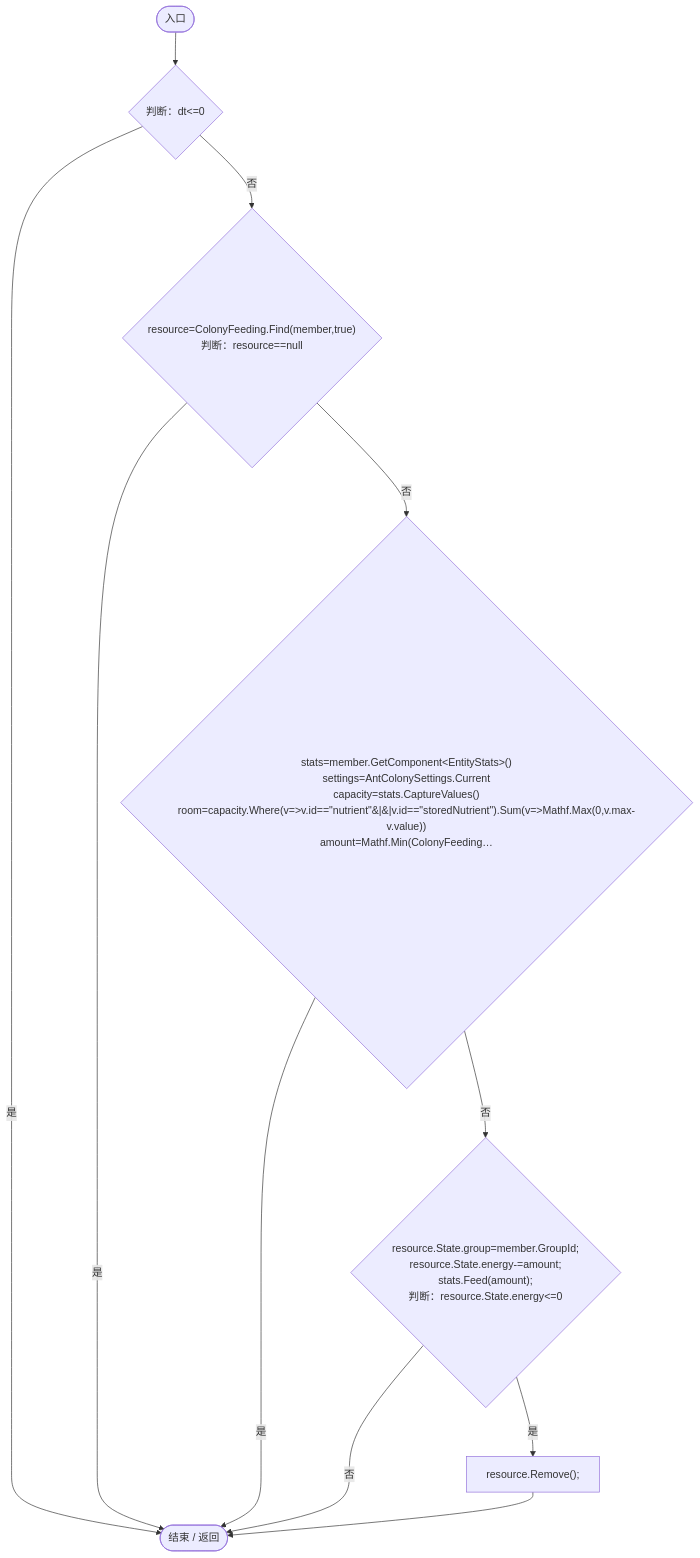
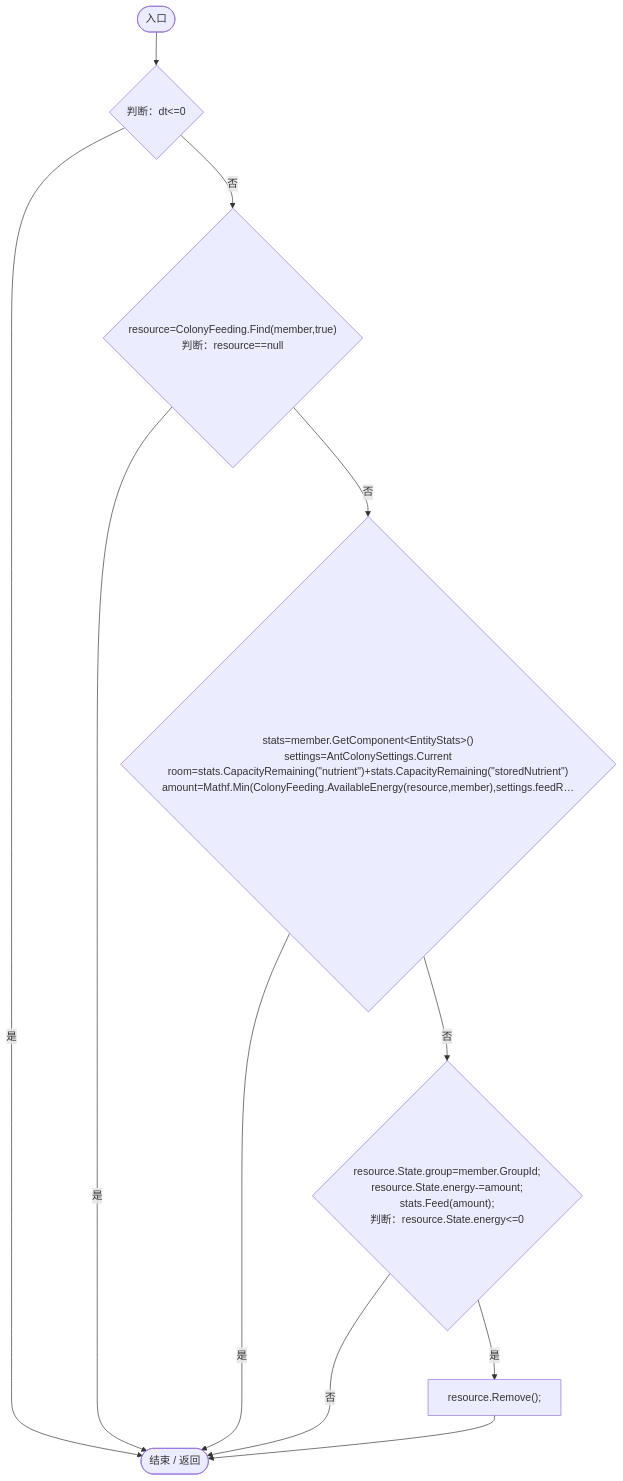
One commit to xhs6666/Darwin_paradise changed diagram 18 of 21 in Docs/运行流程图/脚本/293dbaecfff4b585.md. Above: the diagram before and after it, drawn with Mermaid. The commit also changed other lines of this file and 114 other files, not shown here.

````diff
--- a/Docs/运行流程图/脚本/293dbaecfff4b585.md
+++ b/Docs/运行流程图/脚本/293dbaecfff4b585.md
@@ -610,21 +613,21 @@
 ```mermaid
 flowchart TD
   b0(["入口"])
   b1{"判断：dt&lt;=0"}
   b2{"resource=ColonyFeeding.Find(member,true)<br/>判断：resource==null"}
-  b3{"stats=member.GetComponent&lt;EntityStats&gt;()<br/>settings=AntColonySettings.Current<br/>capacity=stats.CaptureValues()<br/>room=capacity.Where(v=&gt;v.id==&quot;nutrient&quot;&#124;&#124;v.id==&quot;storedNutrient&quot;).Sum(v=&gt;Mathf.Max(0,v.max-v.value))<br/>amount=Mathf.Min(ColonyFeeding…"}
+  b3{"stats=member.GetComponent&lt;EntityStats&gt;()<br/>settings=AntColonySettings.Current<br/>room=stats.CapacityRemaining(&quot;nutrient&quot;)+stats.CapacityRemaining(&quot;storedNutrient&quot;)<br/>amount=Mathf.Min(ColonyFeeding.AvailableEnergy(resource,member),settings.feedR…"}
   b4{"resource.State.group=member.GroupId;<br/>resource.State.energy-=amount;<br/>stats.Feed(amount);<br/>判断：resource.State.energy&lt;=0"}
   b5["resource.Remove();"]
   b6(["结束 / 返回"])
   b0 --> b1
   b1 -->|"是"| b6
   b1 -->|"否"| b2
   b2 -->|"是"| b6
   b2 -->|"否"| b3
   b3 -->|"是"| b6
   b3 -->|"否"| b4
   b4 -->|"是"| b5
   b4 -->|"否"| b6
   b5 --> b6
 
 ```
````
